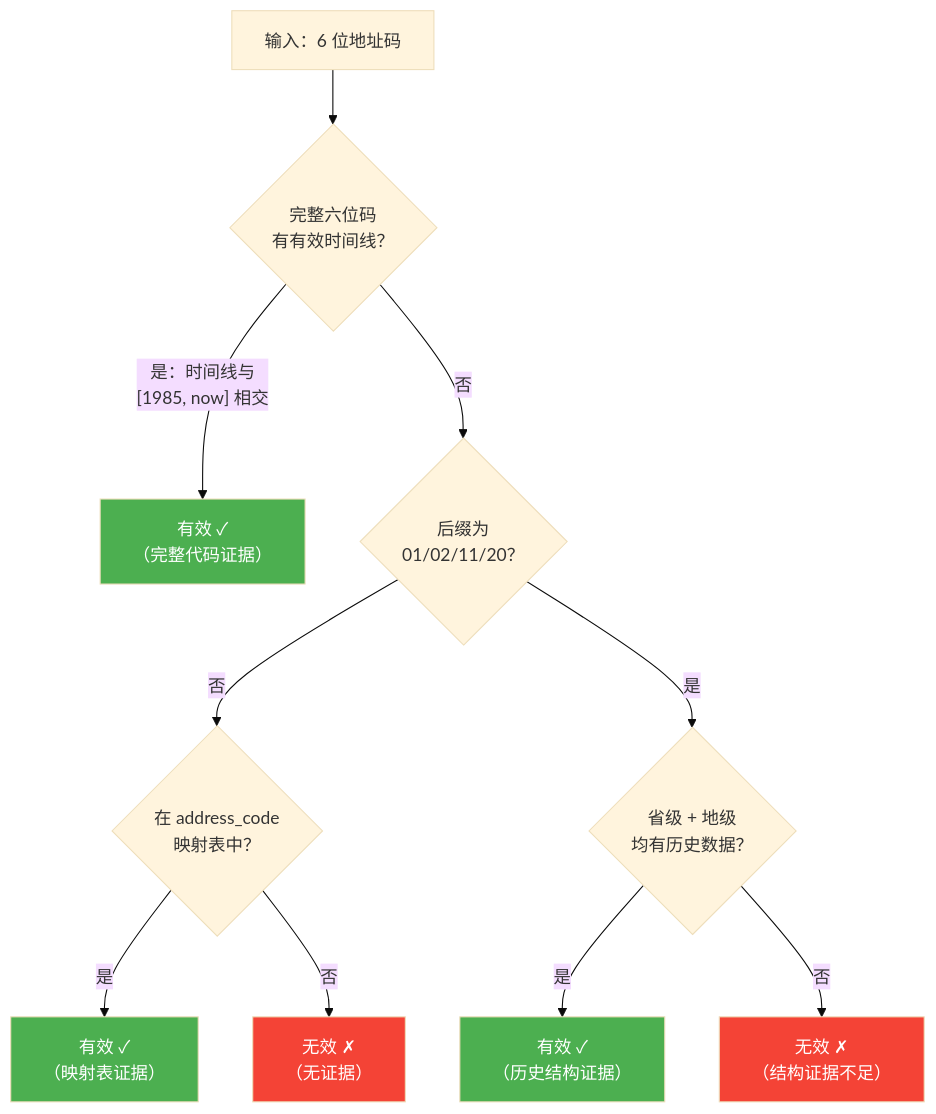
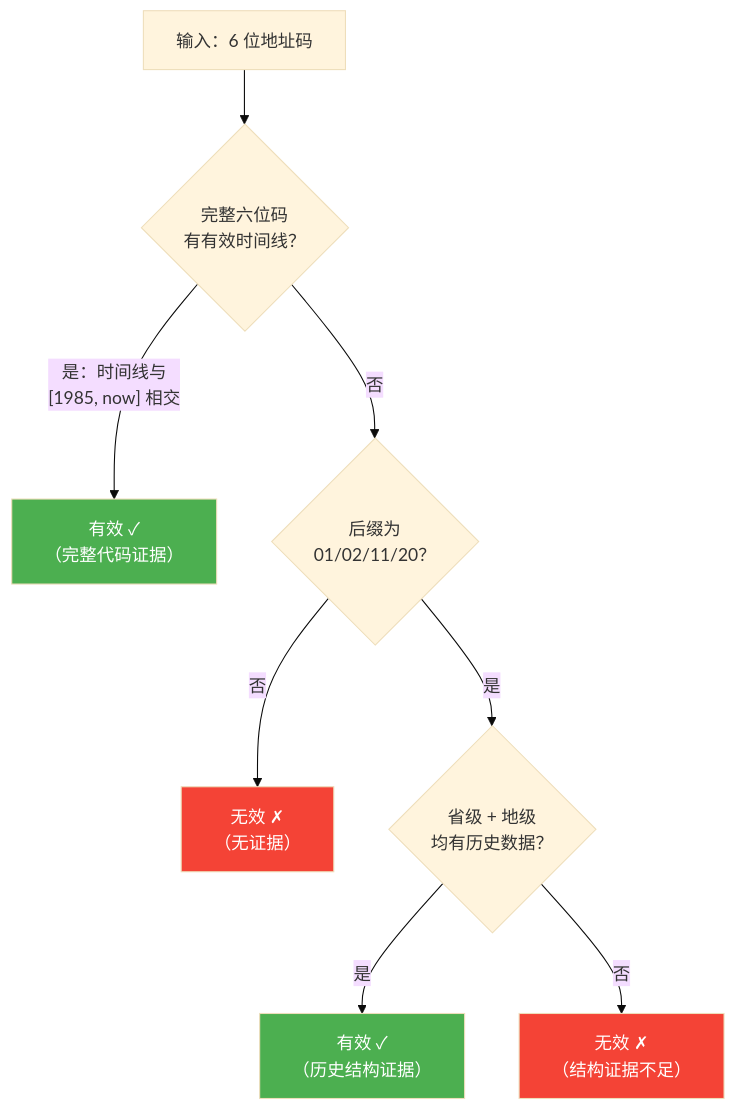
Before and after one commit to fangfengxiang/chinese-id-validator: the fourth of 12 diagrams in docs/identity-number-domain.md, drawn with Mermaid (base theme). The commit also changed other lines of this file and 2 other files, not shown here.

````diff
--- a/docs/identity-number-domain.md
+++ b/docs/identity-number-domain.md
@@ -160,18 +160,15 @@
 ```mermaid
 graph TD
     Start["输入：6 位地址码"] --> Q1{"完整六位码<br/>有有效时间线？"}
     Q1 -->|"是：时间线与<br/>[1985, now] 相交"| Pass["有效 ✓<br/>（完整代码证据）"]
     Q1 -->|"否"| Q2{"后缀为<br/>01/02/11/20？"}
-    Q2 -->|"否"| Q3{"在 address_code<br/>映射表中？"}
-    Q3 -->|"是"| PassLegacy["有效 ✓<br/>（映射表证据）"]
-    Q3 -->|"否"| Fail["无效 ✗<br/>（无证据）"]
+    Q2 -->|"否"| Fail["无效 ✗<br/>（无证据）"]
     Q2 -->|"是"| Q4{"省级 + 地级<br/>均有历史数据？"}
     Q4 -->|"是"| PassLegacy2["有效 ✓<br/>（历史结构证据）"]
     Q4 -->|"否"| Fail2["无效 ✗<br/>（结构证据不足）"]
 
     style Pass fill:#4CAF50,color:#fff
-    style PassLegacy fill:#4CAF50,color:#fff
     style PassLegacy2 fill:#4CAF50,color:#fff
     style Fail fill:#f44336,color:#fff
     style Fail2 fill:#f44336,color:#fff
 ```
````
